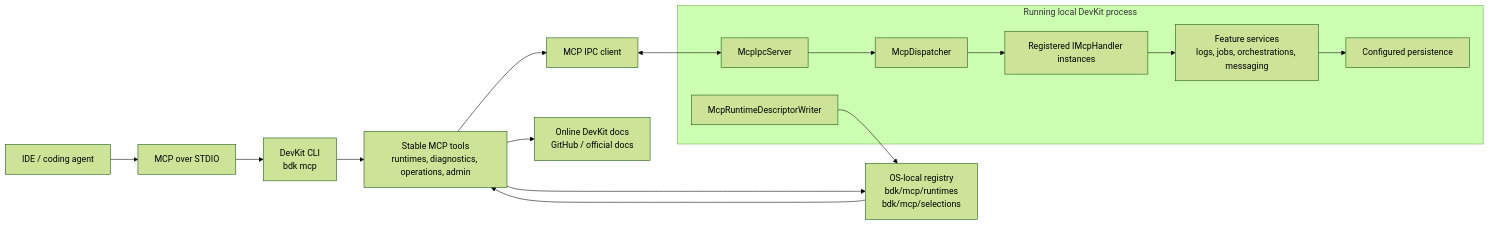
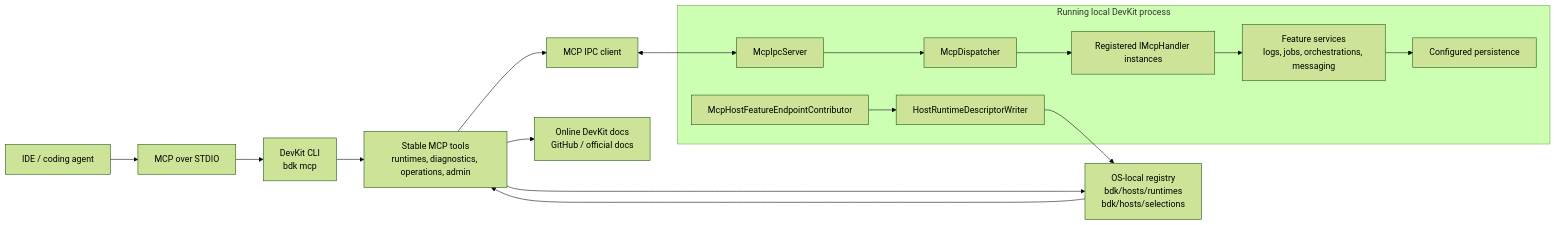
The diagram in docs/specs/spec-presentation-web-mcp-diagnostics.md (BridgingIT-GmbH/bITdevKit), drawn with Mermaid (forest theme) before and after one commit. The commit also changed other lines of this file and 329 other files, not shown here.

First line of the commit message:
feat: add bdk CLI and MCP agent tooling (#23)

````diff
--- a/docs/specs/spec-presentation-web-mcp-diagnostics.md
+++ b/docs/specs/spec-presentation-web-mcp-diagnostics.md
@@ -264,28 +283,29 @@
 ```mermaid
 flowchart LR
     Agent["IDE / coding agent"]
     Stdio["MCP over STDIO"]
     Cli["DevKit CLI<br/>bdk mcp"]
     Tools["Stable MCP tools<br/>runtimes, diagnostics, operations, admin"]
-    Registry["OS-local registry<br/>bdk/mcp/runtimes<br/>bdk/mcp/selections"]
+    Registry["OS-local registry<br/>bdk/hosts/runtimes<br/>bdk/hosts/selections"]
     IpcClient["MCP IPC client"]
     Docs["Online DevKit docs<br/>GitHub / official docs"]
 
     subgraph App["Running local DevKit process"]
-        DescriptorWriter["McpRuntimeDescriptorWriter"]
+        DescriptorWriter["HostRuntimeDescriptorWriter"]
+        McpEndpointContributor["McpHostFeatureEndpointContributor"]
         IpcServer["McpIpcServer"]
         Dispatcher["McpDispatcher"]
         RegistryHandlers["Registered IMcpHandler instances"]
         FeatureServices["Feature services<br/>logs, jobs, orchestrations, messaging"]
         Persistence["Configured persistence"]
     end
 
     Agent --> Stdio --> Cli --> Tools
     Tools --> Registry
     Registry --> Tools
     Tools --> Docs
     Tools --> IpcClient
     IpcClient <--> IpcServer
     IpcServer --> Dispatcher --> RegistryHandlers --> FeatureServices --> Persistence
-    DescriptorWriter --> Registry
+    McpEndpointContributor --> DescriptorWriter --> Registry
 ```
````
